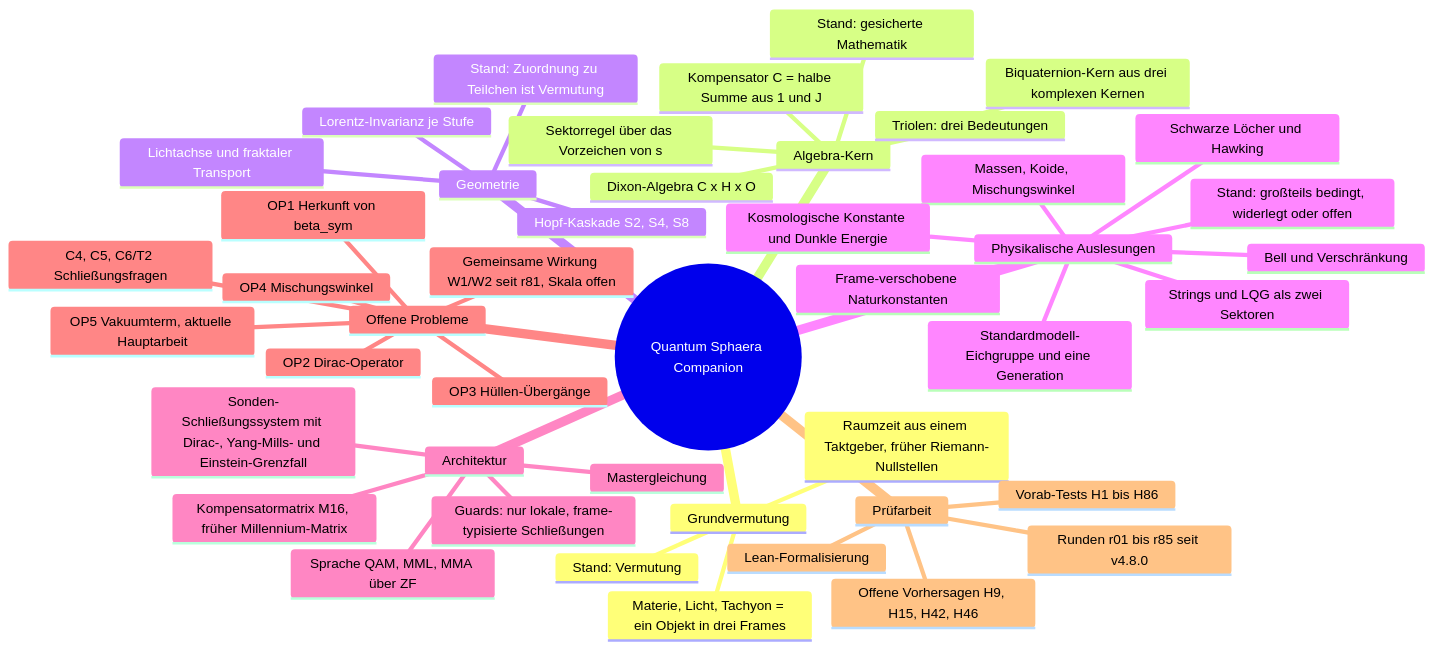
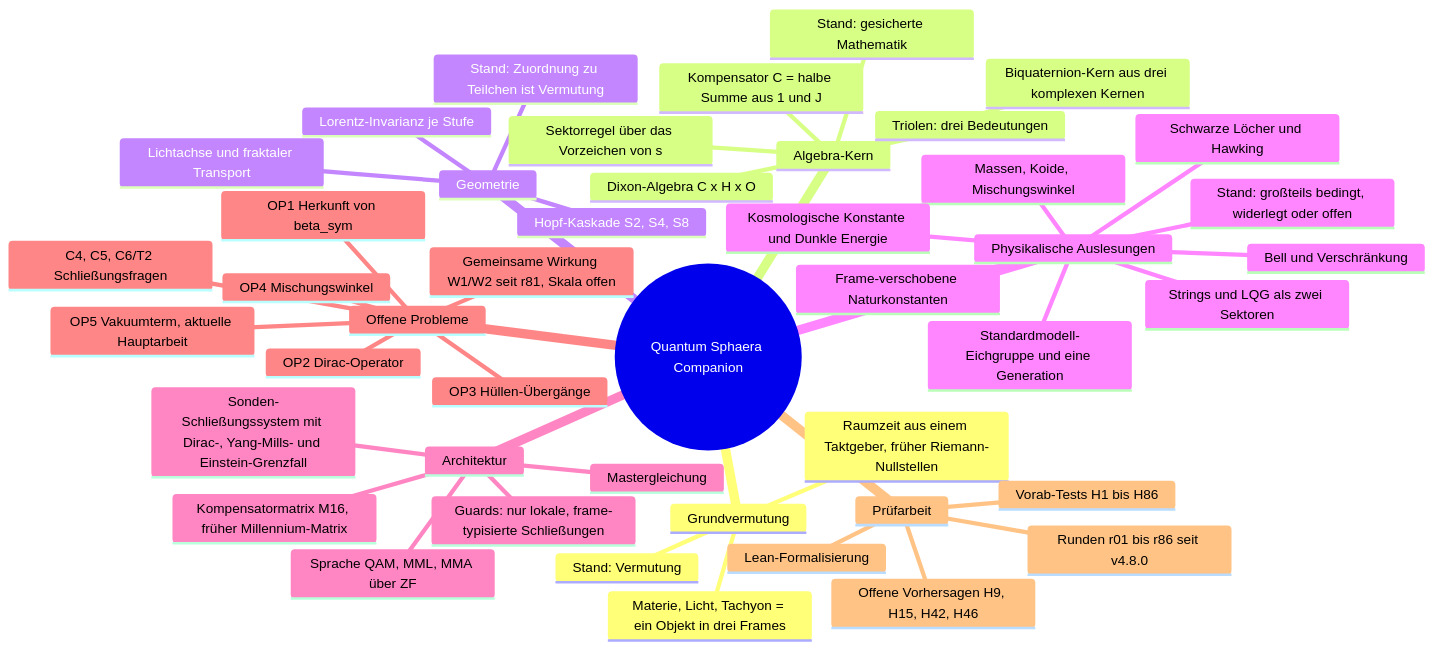
The first of 2 diagrams in wiki/Gesamtbild.md (Moriarty1982/QuantumSphere-Unfold), drawn with Mermaid before and after one commit. The commit also changed other lines of this file and 1 other file, not shown here.

````diff
--- a/wiki/Gesamtbild.md
+++ b/wiki/Gesamtbild.md
@@ -11,48 +11,48 @@
 ```mermaid
 mindmap
   root((Quantum Sphaera Companion))
     Grundvermutung
       Materie, Licht, Tachyon = ein Objekt in drei Frames
       Raumzeit aus einem Taktgeber, früher Riemann-Nullstellen
       Stand: Vermutung
     Algebra-Kern
       Biquaternion-Kern aus drei komplexen Kernen
       Kompensator C = halbe Summe aus 1 und J
       Sektorregel über das Vorzeichen von s
       Triolen: drei Bedeutungen
       Dixon-Algebra C x H x O
       Stand: gesicherte Mathematik
     Geometrie
       Hopf-Kaskade S2, S4, S8
       Lichtachse und fraktaler Transport
       Lorentz-Invarianz je Stufe
       Stand: Zuordnung zu Teilchen ist Vermutung
     Physikalische Auslesungen
       Standardmodell-Eichgruppe und eine Generation
       Massen, Koide, Mischungswinkel
       Kosmologische Konstante und Dunkle Energie
       Frame-verschobene Naturkonstanten
       Schwarze Löcher und Hawking
       Strings und LQG als zwei Sektoren
       Bell und Verschränkung
       Stand: großteils bedingt, widerlegt oder offen
     Architektur
       Mastergleichung
       Kompensatormatrix M16, früher Millennium-Matrix
       Sonden-Schließungssystem mit Dirac-, Yang-Mills- und Einstein-Grenzfall
       Sprache QAM, MML, MMA über ZF
       Guards: nur lokale, frame-typisierte Schließungen
     Offene Probleme
       OP1 Herkunft von beta_sym
       OP2 Dirac-Operator
       OP3 Hüllen-Übergänge
       OP4 Mischungswinkel
       OP5 Vakuumterm, aktuelle Hauptarbeit
       C4, C5, C6/T2 Schließungsfragen
       Gemeinsame Wirkung W1/W2 seit r81, Skala offen
     Prüfarbeit
-      Runden r01 bis r85 seit v4.8.0
+      Runden r01 bis r86 seit v4.8.0
       Vorab-Tests H1 bis H86
       Lean-Formalisierung
       Offene Vorhersagen H9, H15, H42, H46
 ```
````
